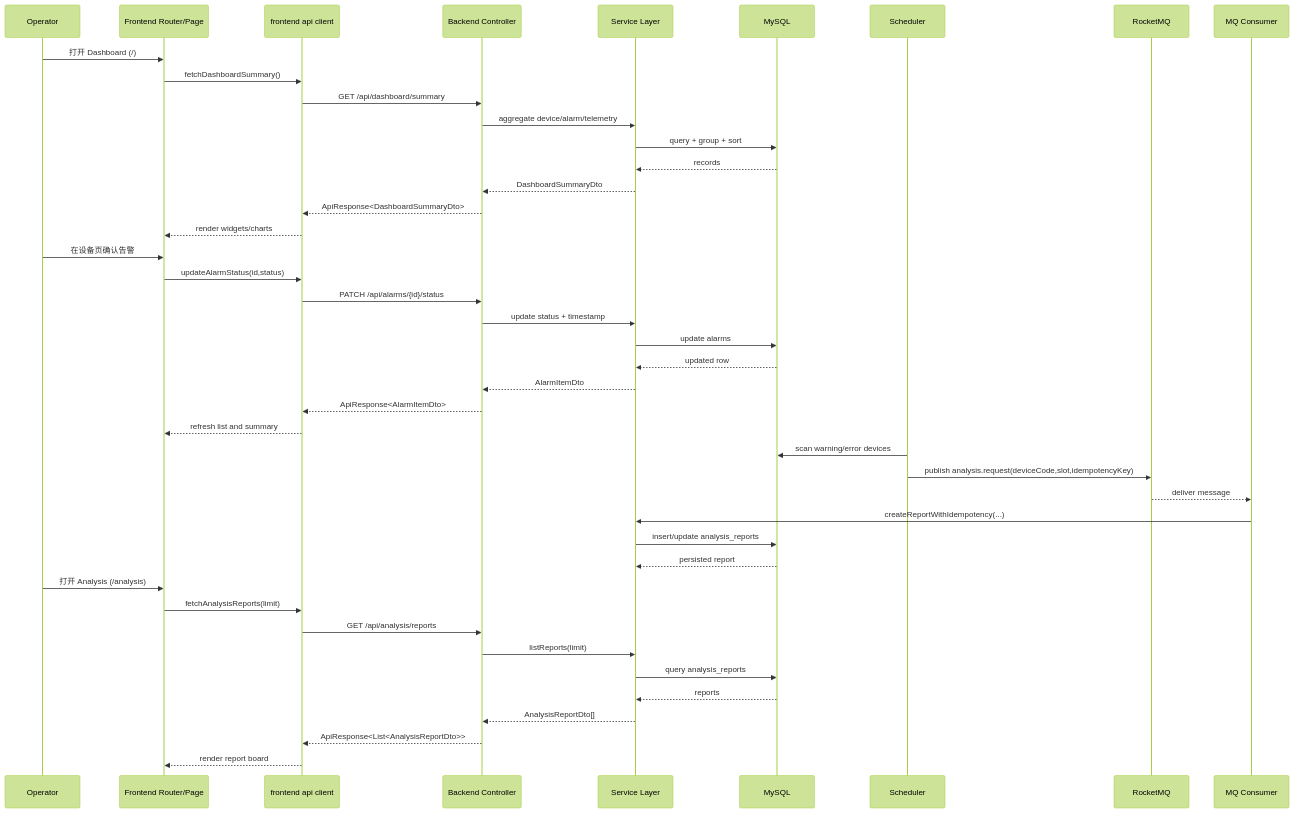
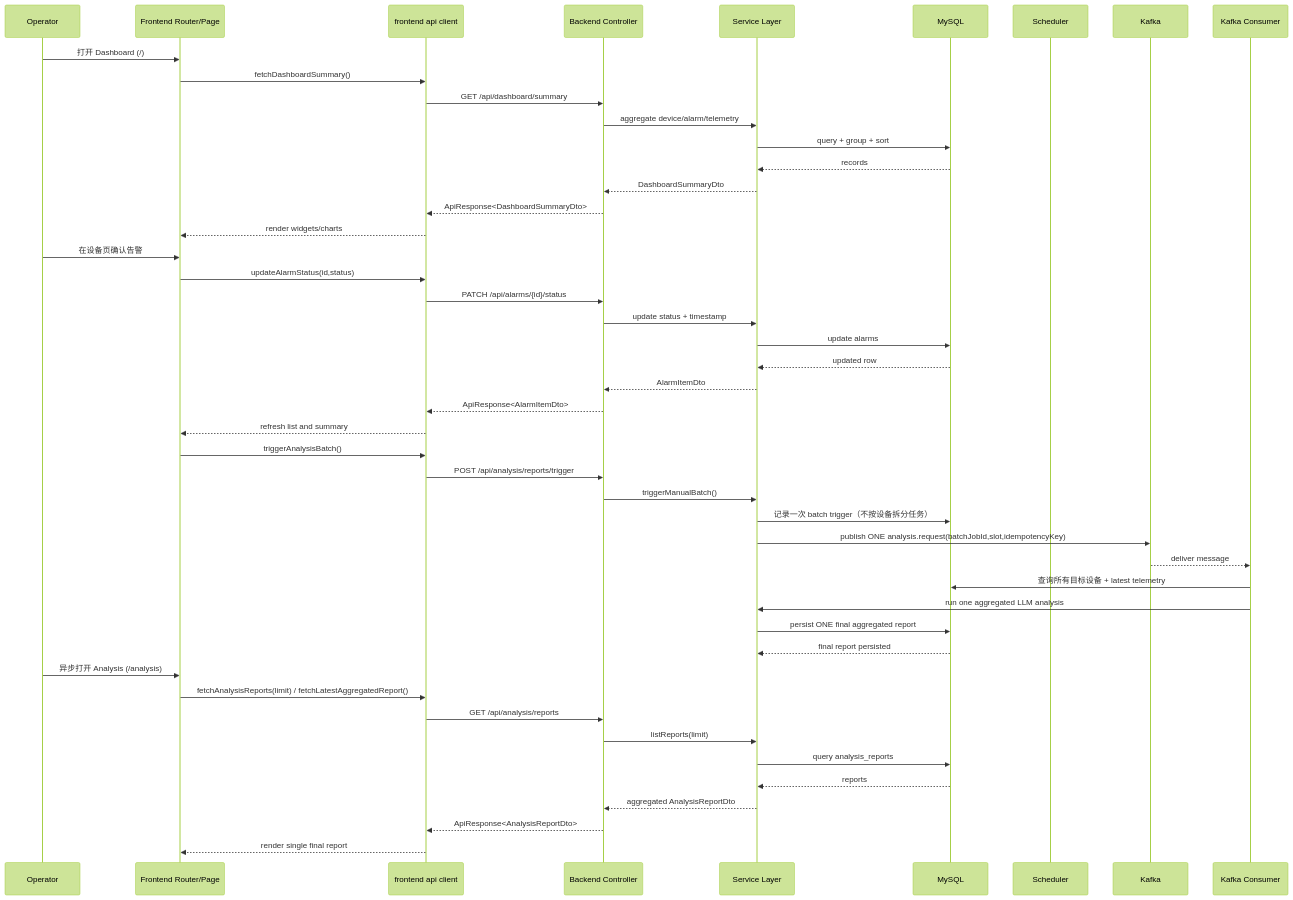
Before and after one commit to zzulfy/TwinOps: the second of 2 diagrams in README.md, drawn with Mermaid (forest theme). The commit also changed other lines of this file and 83 other files, not shown here.

First line of the commit message:
feat(analysis): refactor to single Kafka job and single aggregated report

````diff
--- a/README.md
+++ b/README.md
@@ -65,49 +71,53 @@
 ```mermaid
 sequenceDiagram
     participant User as Operator
     participant FE as Frontend Router/Page
     participant API as frontend api client
     participant C as Backend Controller
     participant S as Service Layer
     participant DB as MySQL
     participant SCH as Scheduler
-    participant MQ as RocketMQ
-    participant CON as MQ Consumer
+    participant MQ as Kafka
+    participant CON as Kafka Consumer
 
     User->>FE: 打开 Dashboard (/)
     FE->>API: fetchDashboardSummary()
     API->>C: GET /api/dashboard/summary
     C->>S: aggregate device/alarm/telemetry
     S->>DB: query + group + sort
     DB-->>S: records
     S-->>C: DashboardSummaryDto
     C-->>API: ApiResponse<DashboardSummaryDto>
     API-->>FE: render widgets/charts
 
     User->>FE: 在设备页确认告警
     FE->>API: updateAlarmStatus(id,status)
     API->>C: PATCH /api/alarms/{id}/status
     C->>S: update status + timestamp
     S->>DB: update alarms
     DB-->>S: updated row
     S-->>C: AlarmItemDto
     C-->>API: ApiResponse<AlarmItemDto>
     API-->>FE: refresh list and summary
 
-    SCH->>DB: scan warning/error devices
-    SCH->>MQ: publish analysis.request(deviceCode,slot,idempotencyKey)
+    FE->>API: triggerAnalysisBatch()
+    API->>C: POST /api/analysis/reports/trigger
+    C->>S: triggerManualBatch()
+    S->>DB: 记录一次 batch trigger（不按设备拆分任务）
+    S->>MQ: publish ONE analysis.request(batchJobId,slot,idempotencyKey)
     MQ-->>CON: deliver message
-    CON->>S: createReportWithIdempotency(...)
-    S->>DB: insert/update analysis_reports
-    DB-->>S: persisted report
+    CON->>DB: 查询所有目标设备 + latest telemetry
+    CON->>S: run one aggregated LLM analysis
+    S->>DB: persist ONE final aggregated report
+    DB-->>S: final report persisted
 
-    User->>FE: 打开 Analysis (/analysis)
-    FE->>API: fetchAnalysisReports(limit)
+    User->>FE: 异步打开 Analysis (/analysis)
+    FE->>API: fetchAnalysisReports(limit) / fetchLatestAggregatedReport()
     API->>C: GET /api/analysis/reports
     C->>S: listReports(limit)
     S->>DB: query analysis_reports
     DB-->>S: reports
-    S-->>C: AnalysisReportDto[]
-    C-->>API: ApiResponse<List<AnalysisReportDto>>
-    API-->>FE: render report board
+    S-->>C: aggregated AnalysisReportDto
+    C-->>API: ApiResponse<AnalysisReportDto>
+    API-->>FE: render single final report
 ```
````
